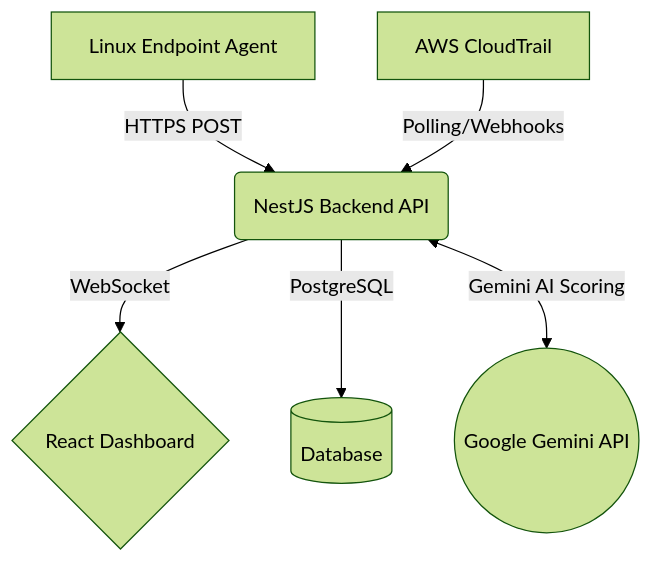
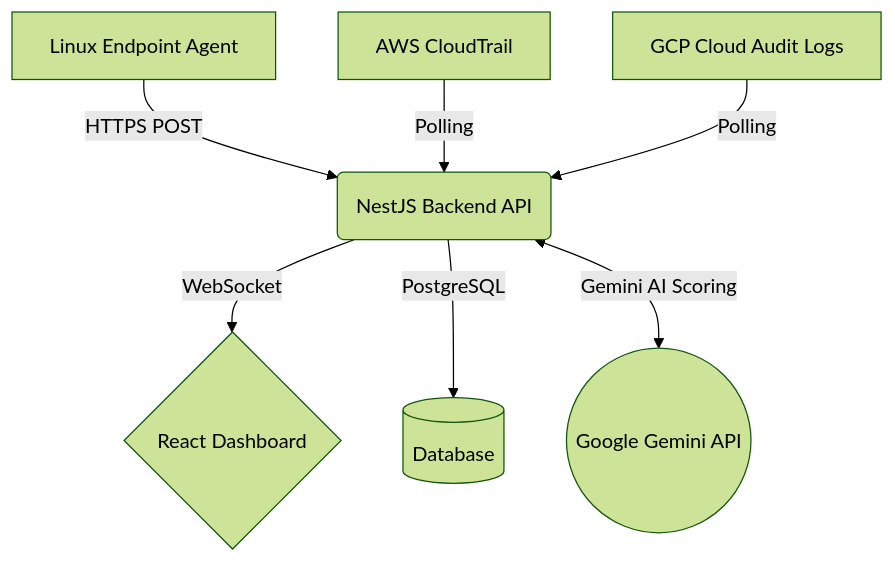
Before and after one commit to sudhirKsah/sentinelx: the diagram in README.md, drawn with Mermaid (forest theme). The commit also changed other lines of this file, not shown here.

Commit message:
Update README for multi-cloud support, new rule types, and credential encryption

````diff
--- a/README.md
+++ b/README.md
@@ -42,8 +43,9 @@
 ```mermaid
 graph TD
     A[Linux Endpoint Agent] -->|HTTPS POST| B(NestJS Backend API)
-    C[AWS CloudTrail] -->|Polling/Webhooks| B
+    C[AWS CloudTrail] -->|Polling| B
+    G[GCP Cloud Audit Logs] -->|Polling| B
     B -->|WebSocket| D{React Dashboard}
     B -->|PostgreSQL| E[(Database)]
     B <-->|Gemini AI Scoring| F((Google Gemini API))
 ```
````
